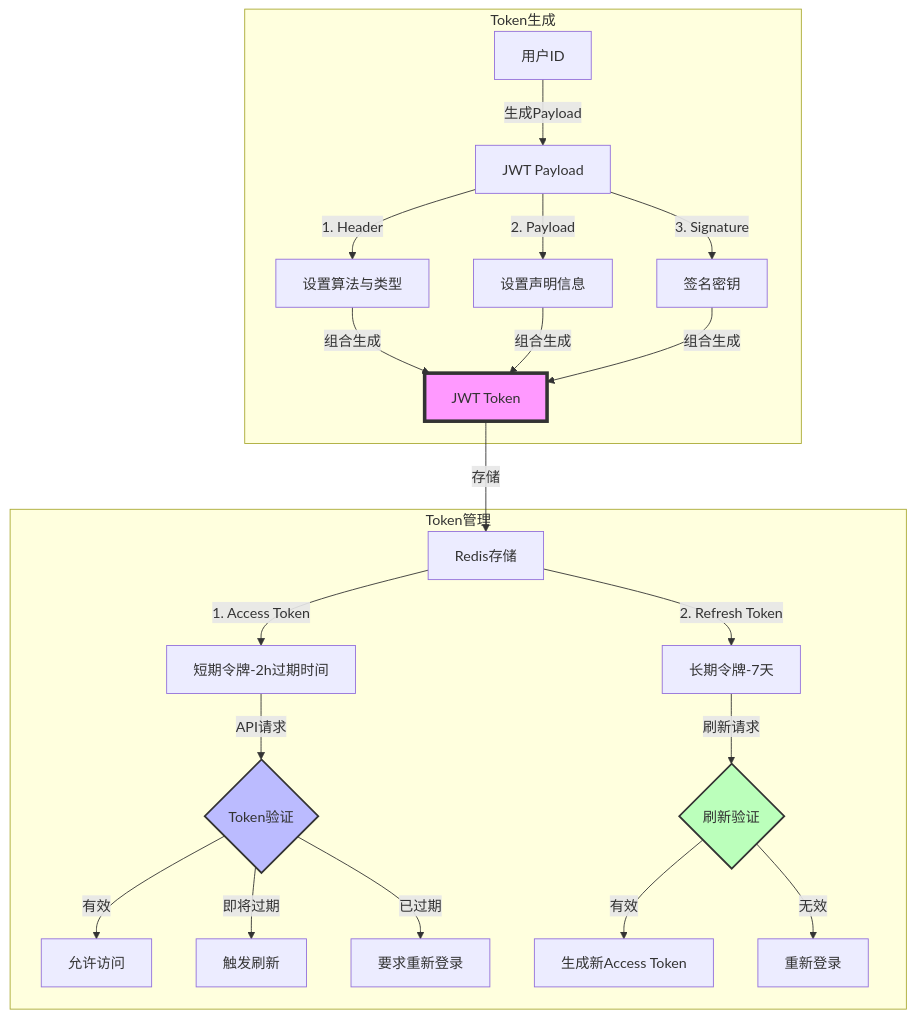
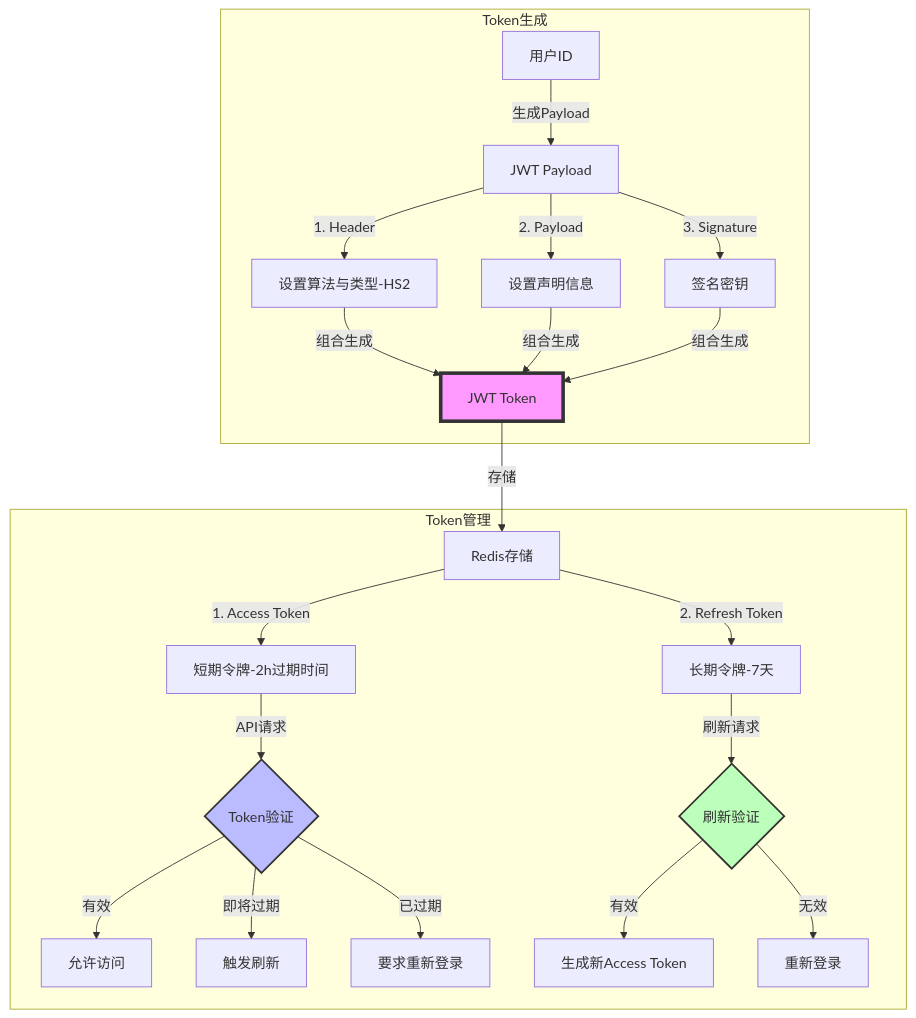
One commit to yingjianzh/iodraw-files changed the diagram in all/未命名-10.md. Above: the diagram before and after it, drawn with Mermaid.

Commit message:
2025-01-02 11:12:39 update

````diff
--- a/all/未命名-10.md
+++ b/all/未命名-10.md
@@ -1,32 +1,32 @@
 ```mermaid
 
 flowchart TD
     subgraph Token生成
         A[用户ID] -->|生成Payload| B[JWT Payload]
-        B -->|1. Header| C[设置算法与类型]
+        B -->|1. Header| C[设置算法与类型-HS2]
         B -->|2. Payload| D[设置声明信息]
         B -->|3. Signature| E[签名密钥]
         C & D & E -->|组合生成| F[JWT Token]
     end
 
 
     subgraph Token管理
         F -->|存储| G[Redis存储]
         G -->|1. Access Token| H[短期令牌-2h过期时间]
         G -->|2. Refresh Token| I[长期令牌-7天]
         
         H -->|API请求| J{Token验证}
         J -->|有效| K[允许访问]
         J -->|即将过期| L[触发刷新]
         J -->|已过期| M[要求重新登录]
         
         I -->|刷新请求| N{刷新验证}
         N -->|有效| O[生成新Access Token]
         N -->|无效| P[重新登录]
     end
 
     style F fill:#f9f,stroke:#333,stroke-width:4px
     style J fill:#bbf,stroke:#333,stroke-width:2px
     style N fill:#bfb,stroke:#333,stroke-width:2px
 
 ```
````
